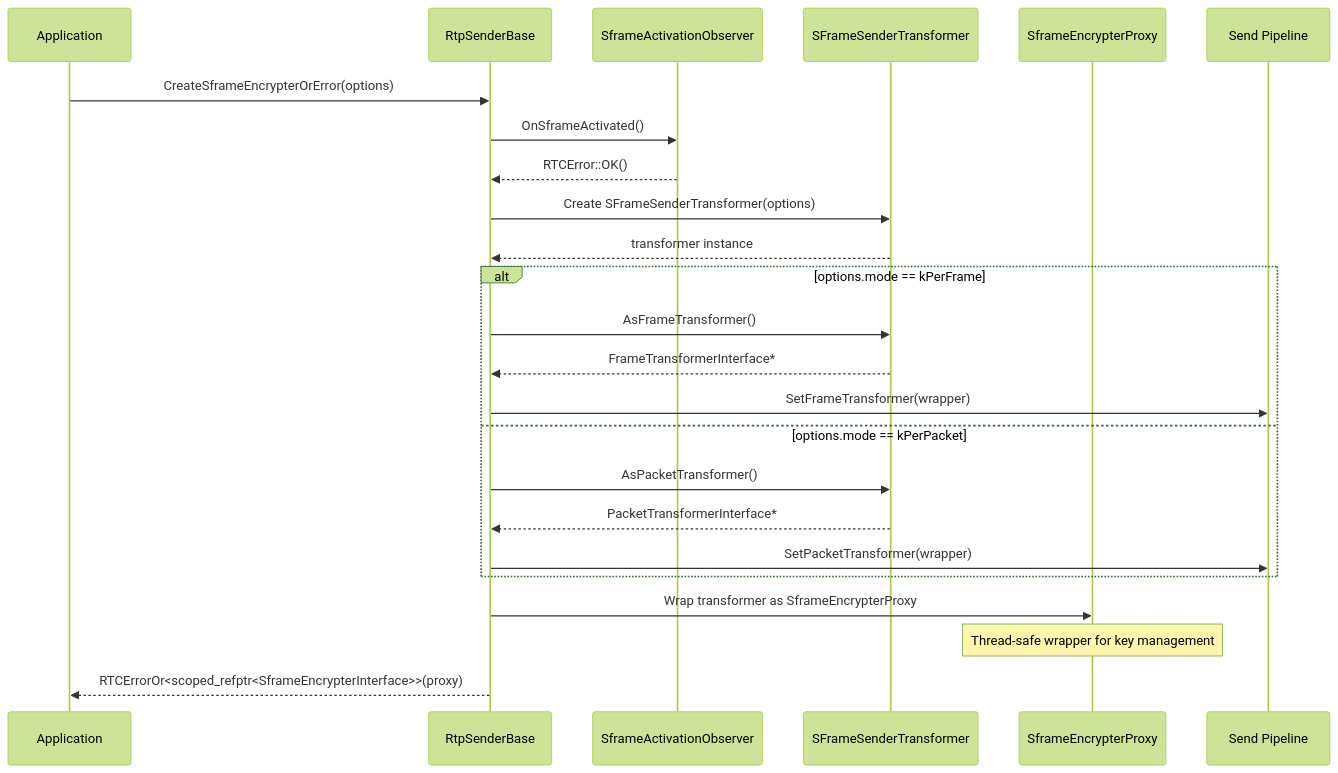
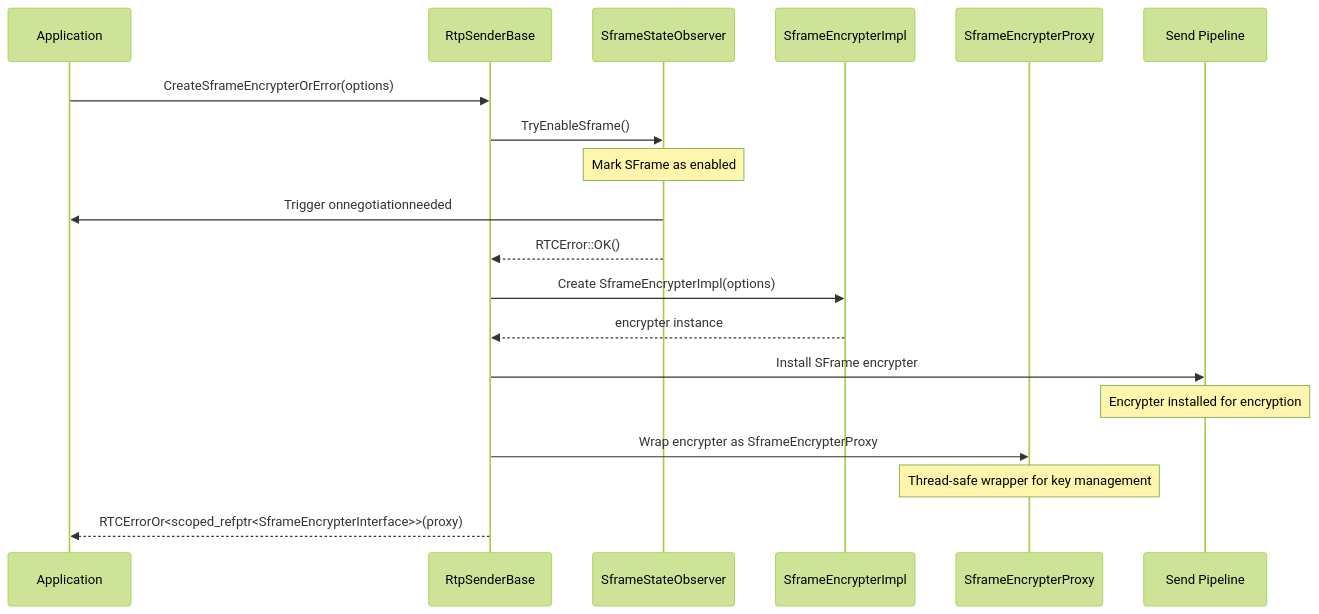
The eighth of 13 diagrams in README.md (webex/webrtc-sframe), drawn with Mermaid (forest theme) before and after one commit. The commit also changed other lines of this file and 1 other file, not shown here.

````diff
--- a/README.md
+++ b/README.md
@@ -315,32 +272,27 @@
 ```mermaid
 sequenceDiagram
     participant App as Application
     participant Sender as RtpSenderBase
-    participant Observer as SframeActivationObserver
-    participant Transformer as SFrameSenderTransformer
+    participant Observer as SframeStateObserver
+    participant Encrypter as SframeEncrypterImpl
     participant Proxy as SframeEncrypterProxy
     participant Pipeline as Send Pipeline
 
     App->>Sender: CreateSframeEncrypterOrError(options)
 
-    Sender->>Observer: OnSframeActivated()
+    Sender->>Observer: TryEnableSframe()
+    Note over Observer: Mark SFrame as enabled
+    Observer->>App: Trigger onnegotiationneeded
     Observer-->>Sender: RTCError::OK()
 
-    Sender->>Transformer: Create SFrameSenderTransformer(options)
-    Transformer-->>Sender: transformer instance
+    Sender->>Encrypter: Create SframeEncrypterImpl(options)
+    Encrypter-->>Sender: encrypter instance
 
-    alt options.mode == kPerFrame
-        Sender->>Transformer: AsFrameTransformer()
-        Transformer-->>Sender: FrameTransformerInterface*
-        Sender->>Pipeline: SetFrameTransformer(wrapper)
-    else options.mode == kPerPacket
-        Sender->>Transformer: AsPacketTransformer()
-        Transformer-->>Sender: PacketTransformerInterface*
-        Sender->>Pipeline: SetPacketTransformer(wrapper)
-    end
+    Sender->>Pipeline: Install SFrame encrypter
+    Note over Pipeline: Encrypter installed for encryption
 
-    Sender->>Proxy: Wrap transformer as SframeEncrypterProxy
+    Sender->>Proxy: Wrap encrypter as SframeEncrypterProxy
     Note over Proxy: Thread-safe wrapper for key management
 
     Sender-->>App: RTCErrorOr<scoped_refptr<SframeEncrypterInterface>>(proxy)
 ```
````
